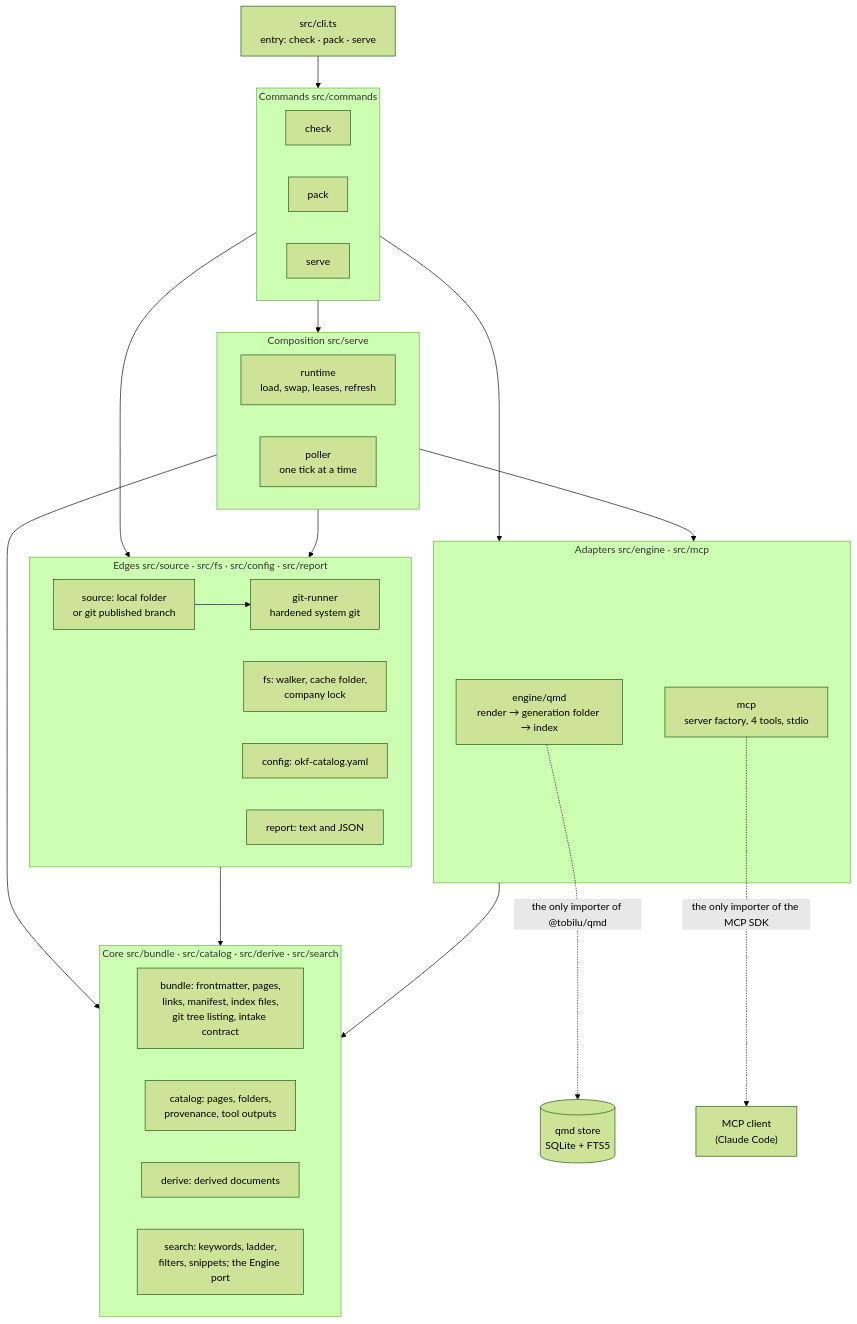
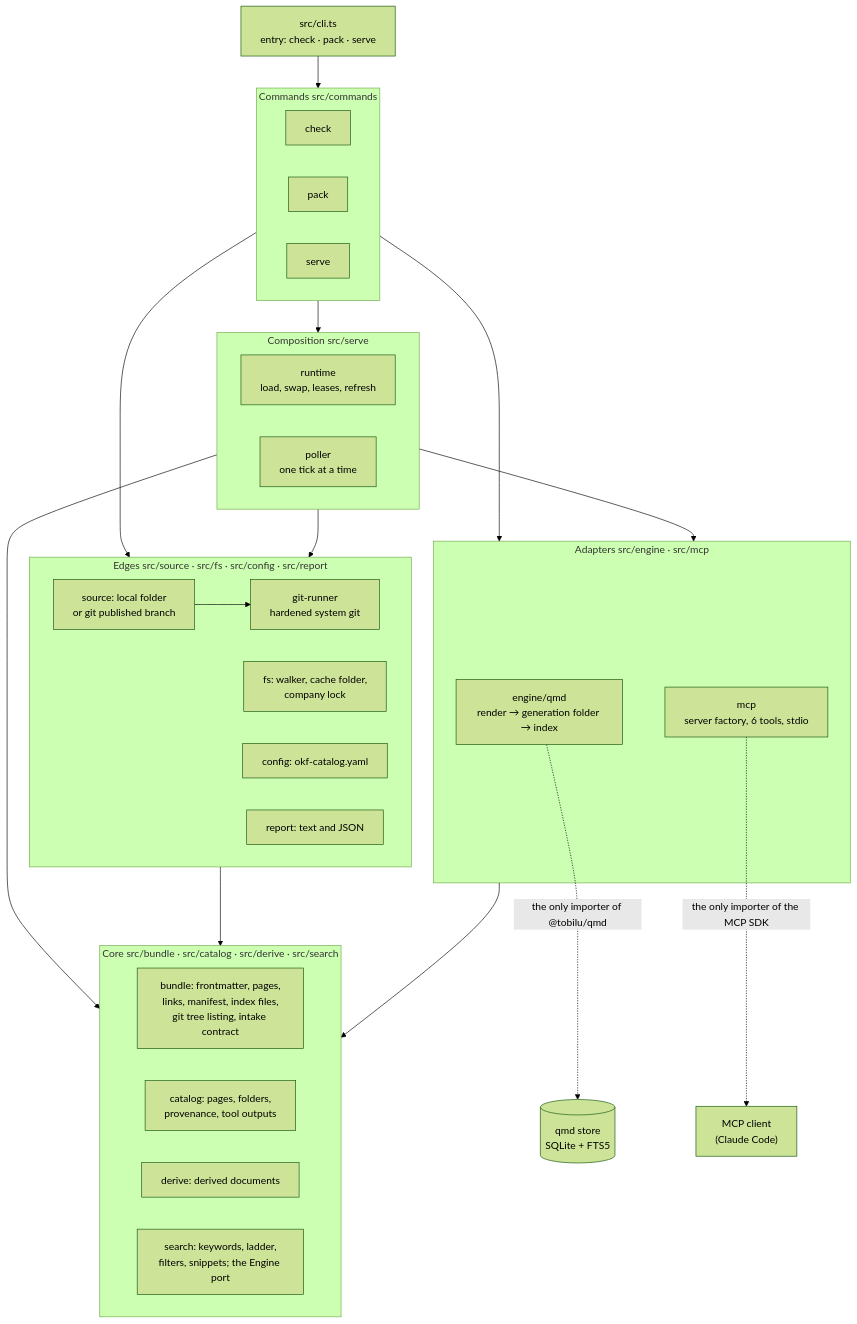
Before and after one commit to drathm/okf-catalog: the first of 3 diagrams in docs/architecture.md, drawn with Mermaid (forest theme). The commit also changed other lines of this file and 5 other files, not shown here.

First line of the commit message:
docs: the two tools described: skill, README, changelog, intent, architecture

````diff
--- a/docs/architecture.md
+++ b/docs/architecture.md
@@ -9,42 +9,42 @@
 ```mermaid
 flowchart TB
   cli["src/cli.ts<br/>entry: check · pack · serve"]
   subgraph commands["Commands  src/commands"]
     check["check"]
     pack["pack"]
     serve["serve"]
   end
   subgraph composition["Composition  src/serve"]
     runtime["runtime<br/>load, swap, leases, refresh"]
     poller["poller<br/>one tick at a time"]
   end
   subgraph edges["Edges  src/source · src/fs · src/config · src/report"]
     source["source: local folder<br/>or git published branch"]
     gitrunner["git-runner<br/>hardened system git"]
     fs["fs: walker, cache folder,<br/>company lock"]
     config["config: okf-catalog.yaml"]
     report["report: text and JSON"]
   end
   subgraph adapters["Adapters  src/engine · src/mcp"]
     engine["engine/qmd<br/>render → generation folder → index"]
-    mcp["mcp<br/>server factory, 4 tools, stdio"]
+    mcp["mcp<br/>server factory, 6 tools, stdio"]
   end
   subgraph core["Core  src/bundle · src/catalog · src/derive · src/search"]
     bundle["bundle: frontmatter, pages,<br/>links, manifest, index files,<br/>git tree listing, intake contract"]
     catalog["catalog: pages, folders,<br/>provenance, tool outputs"]
     derive["derive: derived documents"]
     search["search: keywords, ladder,<br/>filters, snippets; the Engine port"]
   end
   cli --> commands
   commands --> composition
   commands --> edges
   commands --> adapters
   composition --> edges
   composition --> adapters
   composition --> core
   edges --> core
   adapters --> core
   engine -. "the only importer of @tobilu/qmd" .-> qmd[("qmd store<br/>SQLite + FTS5")]
   mcp -. "the only importer of the MCP SDK" .-> client["MCP client<br/>(Claude Code)"]
   source --> gitrunner
 ```
````
